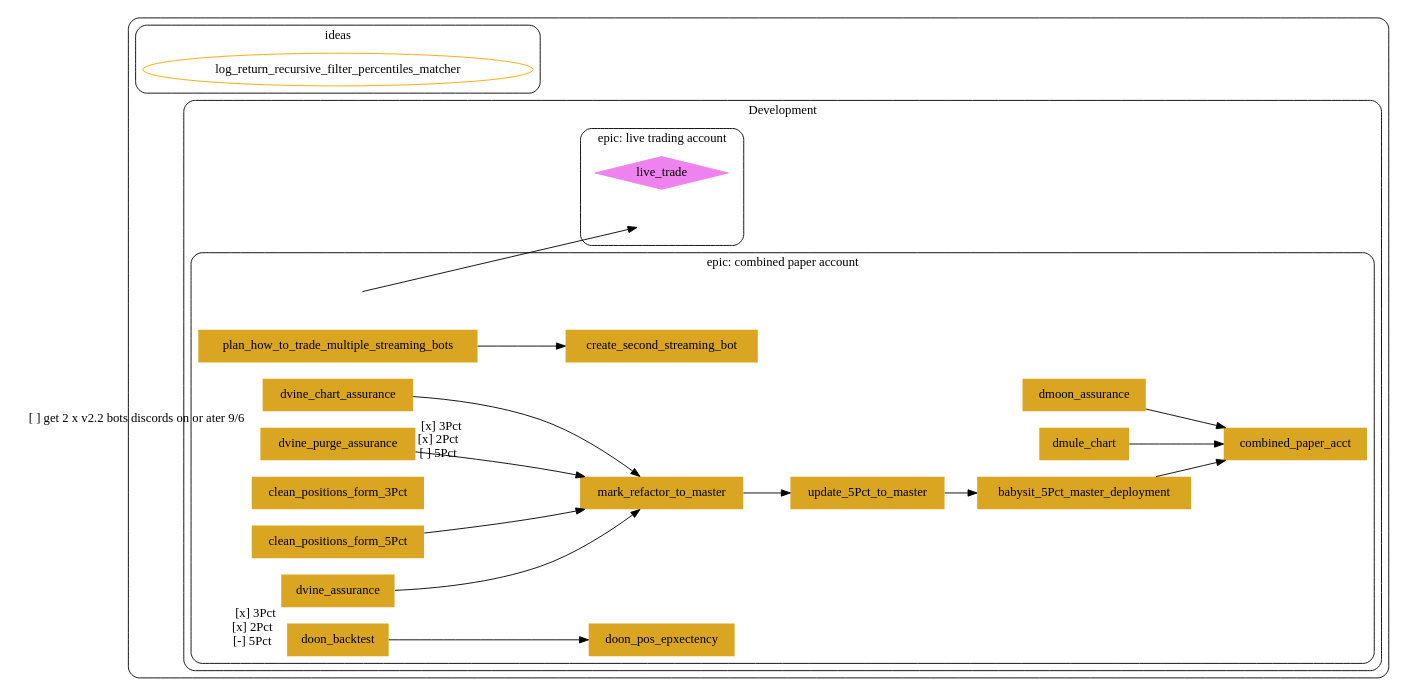
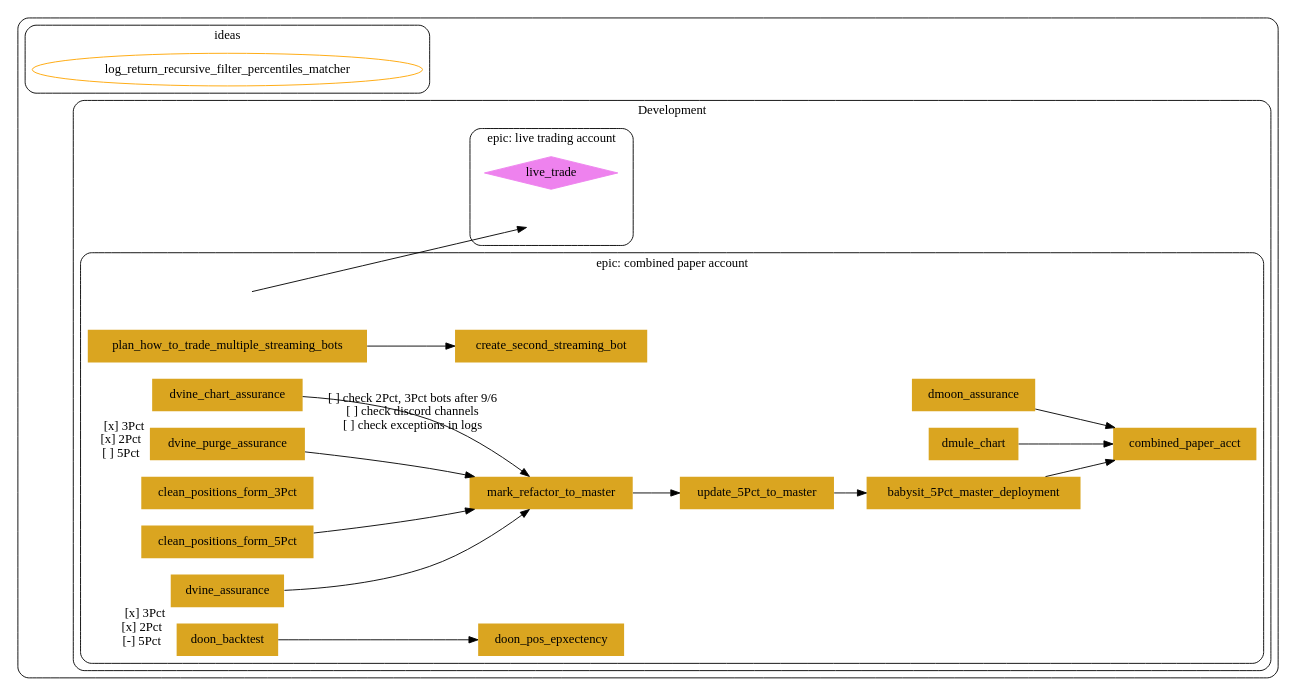
Before and after one commit to webclinic017/dvault: the diagram in tasks.dot, drawn with Graphviz.

Commit message:
update task list

```diff
--- a/tasks.dot
+++ b/tasks.dot
@@ -1,114 +1,113 @@
 /*
  * d* tasks
  */
 digraph G {
 
-  graph [fontname = "Handlee"];
-  node [fontname = "Handlee" shape=note style=filled color=goldenrod];
-  edge [fontname = "Handlee"];
-  rankdir=LR;
-  style="rounded"
-  compound=true
+graph [fontname = "Handlee"];
+node [fontname = "Handlee" shape=note style=filled color=goldenrod];
+edge [fontname = "Handlee"];
+rankdir=LR;
+style="rounded"
+compound=true
+
+
+subgraph cluster_main{
+  // label="Quathar"
+
+subgraph cluster_ideas{
+  label="ideas"
+  node [style=none shape=oval color=orange]
+  log_return_recursive_filter_percentiles_matcher
+}
+
+subgraph cluster_dev {
+  label="Development"
+
+
+  subgraph cluster_epic{
+    label="epic: combined paper account"
+
+    node[shape=none]
+
+
+    mark_refactor_to_master->update_5Pct_to_master
+
+    update_5Pct_to_master->babysit_5Pct_master_deployment
+    babysit_5Pct_master_deployment->combined_paper_acct
+
+    plan_how_to_trade_multiple_streaming_bots->create_second_streaming_bot
+    dvine_assurance[xlabel="[x] 3Pct \n[x] 2Pct  \n[-] 5Pct  "]
+    dvine_assurance->mark_refactor_to_master
+
+    dvine_chart_assurance[xlabel="
+    [ ] check 2Pct, 3Pct bots after 9/6
+    [ ] check discord channels
+    [ ] check exceptions in logs"]
+    dvine_chart_assurance->mark_refactor_to_master
+    dvine_purge_assurance[xlabel="[x] 3Pct \n[x] 2Pct  \n[ ] 5Pct  "]
+    dvine_purge_assurance->mark_refactor_to_master
+    dmoon_assurance->combined_paper_acct
+
+    dmule_chart->combined_paper_acct
+
+    clean_positions_form_3Pct
+
+    clean_positions_form_5Pct->mark_refactor_to_master
+
+
+    doon_backtest->doon_pos_epxectency
+
+
+    epic[label="" style="invisible"]
+
+
+  }
+
+
+  subgraph cluster_next_epic{
+    label="epic: live trading account"
+
+    live_trade[shape=diamond color=violet]
+
+    node[shape=none]
+    next_epic[label="" style="invisible"]
+  }
+}
+
+epic->next_epic
 
 
 
+//placeholder_2
+
+} //cluster_
+
+/*
+subgraph cluster_flegend{
+subgraph cluster_legend{
+  label="legend"
+  bgcolor=transparent;
+  fontsize=24
+idea [style=none shape=oval color=orange]
+todo [fontname = "Handlee" shape=note style=filled color=goldenrod];
+done [fontname = "Handlee" shape=note style=filled color=green];
+underway [fontname = "Handlee" shape=note style=filled color=orange];
+bug [fontname = "Handlee" shape=note style=filled color=red];
+goal [shape=diamond color=violet]
+
+todo->done[style=invis,] // for layout
+idea->underway[style=invis,] // for layout
 
 
-    subgraph cluster_main{
-        // label="Quathar"
-
-    subgraph cluster_ideas{
-        label="ideas"
-        node [style=none shape=oval color=orange]
-        log_return_recursive_filter_percentiles_matcher
-    }
-
-    subgraph cluster_dev {
-        label="Development"
-
-
-        subgraph cluster_epic{
-            label="epic: combined paper account"
-
-            node[shape=none]
-
-
-            mark_refactor_to_master->update_5Pct_to_master
-
-            update_5Pct_to_master->babysit_5Pct_master_deployment
-            babysit_5Pct_master_deployment->combined_paper_acct
-
-            plan_how_to_trade_multiple_streaming_bots->create_second_streaming_bot
-            dvine_assurance[xlabel="[x] 3Pct \n[x] 2Pct  \n[-] 5Pct  "]
-            dvine_assurance->mark_refactor_to_master
-
-            dvine_chart_assurance[
-                xlabel="[ ] get 2 x v2.2 bots discords on or ater 9/6"]
-            dvine_chart_assurance->mark_refactor_to_master
-            dvine_purge_assurance[xlabel="[x] 3Pct \n[x] 2Pct  \n[ ] 5Pct  "]
-            dvine_purge_assurance->mark_refactor_to_master
-            dmoon_assurance->combined_paper_acct
-
-            dmule_chart->combined_paper_acct
-
-            clean_positions_form_3Pct
-
-            clean_positions_form_5Pct->mark_refactor_to_master
-
-
-            doon_backtest->doon_pos_epxectency
-
-
-            epic[label="" style="invisible"]
-
-
-        }
-
-
-        subgraph cluster_next_epic{
-            label="epic: live trading account"
-
-            live_trade[shape=diamond color=violet]
-
-            node[shape=none]
-            next_epic[label="" style="invisible"]
-        }
-    }
-
-    epic->next_epic
-
-
-
-    //placeholder_2
-
-    } //cluster_
-
-/*
-  subgraph cluster_flegend{
-  subgraph cluster_legend{
-        label="legend"
-        bgcolor=transparent;
-        fontsize=24
-    idea [style=none shape=oval color=orange]
-    todo [fontname = "Handlee" shape=note style=filled color=goldenrod];
-    done [fontname = "Handlee" shape=note style=filled color=green];
-    underway [fontname = "Handlee" shape=note style=filled color=orange];
-    bug [fontname = "Handlee" shape=note style=filled color=red];
-    goal [shape=diamond color=violet]
-
-    todo->done[style=invis,] // for layout
-    idea->underway[style=invis,] // for layout
-
-
-  }
-  }
+}
+}
 */
 
 
 
 
 
 
 
 
 }
```
